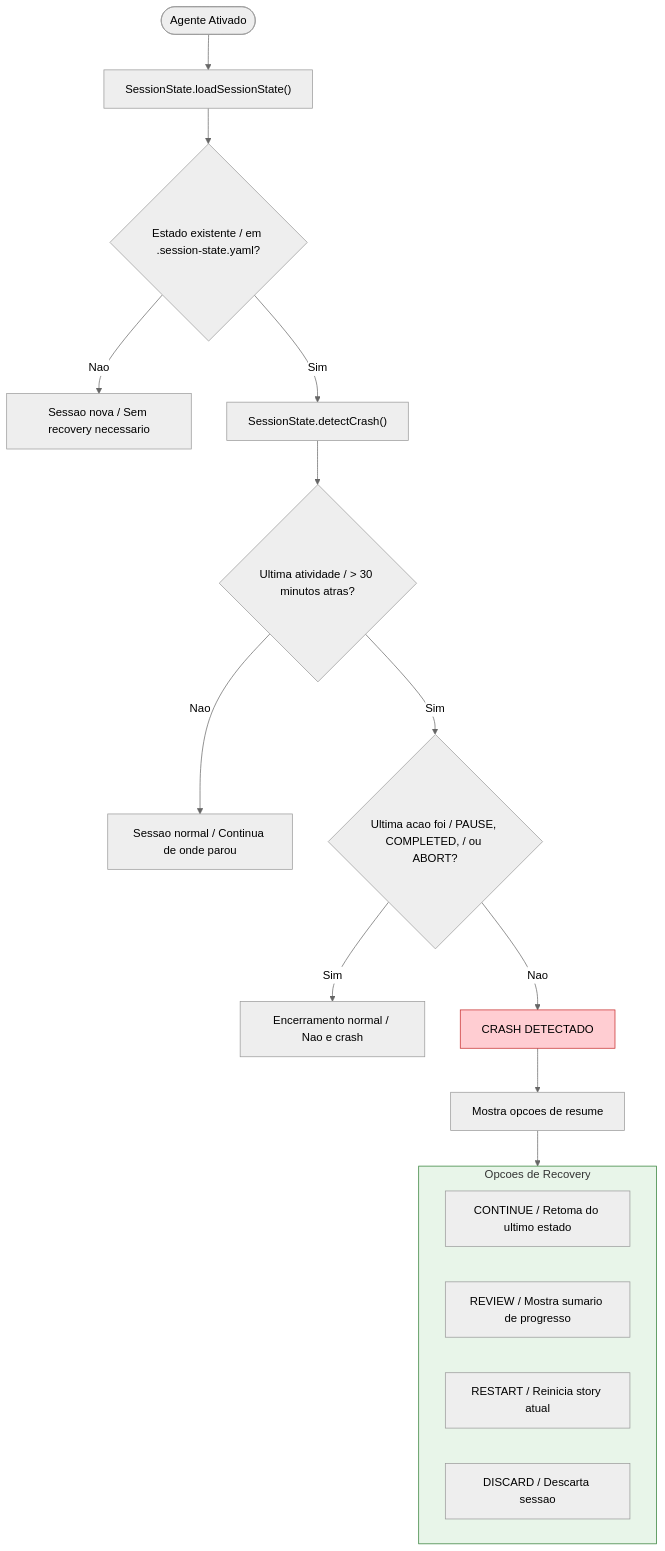
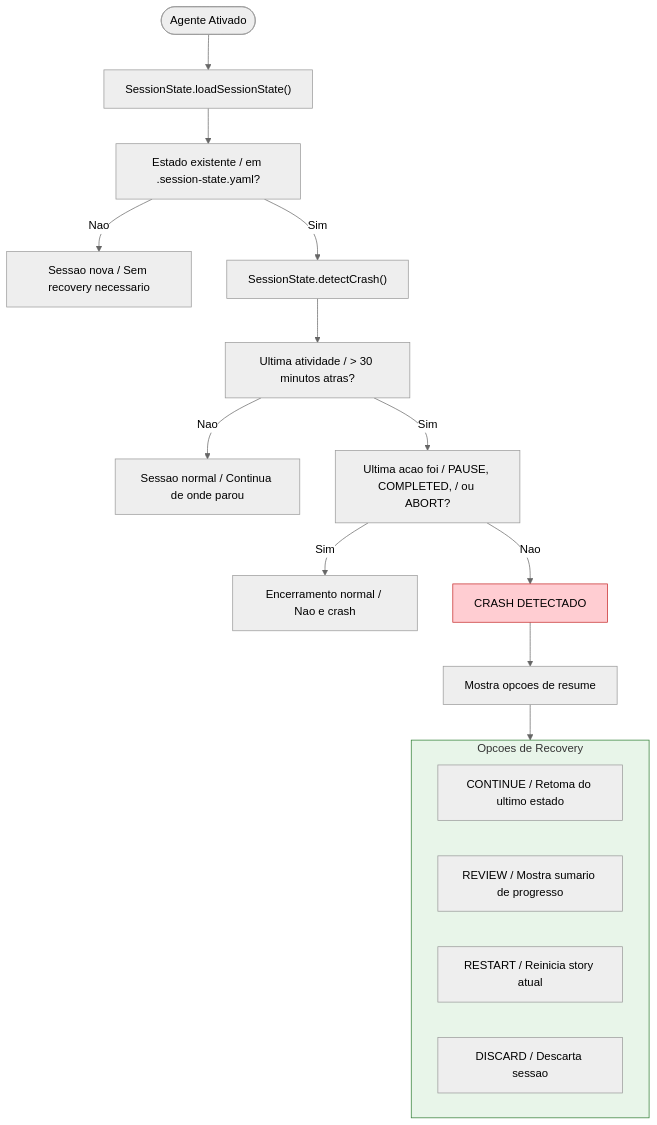
Before and after one commit to bychrisr/aios-docs: diagram 12 of 18 in content/en/docs/guides/MEMORY-SYSTEM.mdx, drawn with Mermaid (neutral theme). The commit also changed other lines of this file and 40 other files, not shown here.

````diff
--- a/content/en/docs/guides/MEMORY-SYSTEM.mdx
+++ b/content/en/docs/guides/MEMORY-SYSTEM.mdx
@@ -567,29 +567,29 @@
 ```mermaid
 flowchart TD
     START([Agente Ativado]) --> LOAD["SessionState.loadSessionState()"]
-    LOAD --> CHECK{"Estado existente / em .session-state.yaml?"}
+    LOAD --> CHECK["Estado existente / em .session-state.yaml?"]
 
     CHECK -->|"Nao"| FRESH["Sessao nova / Sem recovery necessario"]
     CHECK -->|"Sim"| DETECT["SessionState.detectCrash()"]
 
-    DETECT --> THRESHOLD{"Ultima atividade / > 30 minutos atras?"}
+    DETECT --> THRESHOLD["Ultima atividade / > 30 minutos atras?"]
     THRESHOLD -->|"Nao"| NORMAL["Sessao normal / Continua de onde parou"]
-    THRESHOLD -->|"Sim"| LAST_ACTION{"Ultima acao foi / PAUSE, COMPLETED, / ou ABORT?"}
+    THRESHOLD -->|"Sim"| LAST_ACTION["Ultima acao foi / PAUSE, COMPLETED, / ou ABORT?"]
 
     LAST_ACTION -->|"Sim"| NORMAL_END["Encerramento normal / Nao e crash"]
     LAST_ACTION -->|"Nao"| CRASH["CRASH DETECTADO"]
 
     CRASH --> RESUME_MENU["Mostra opcoes de resume"]
 
     subgraph RESUME_OPTIONS["Opcoes de Recovery"]
         OPT1["CONTINUE / Retoma do ultimo estado"]
         OPT2["REVIEW / Mostra sumario de progresso"]
         OPT3["RESTART / Reinicia story atual"]
         OPT4["DISCARD / Descarta sessao"]
     end
 
     RESUME_MENU --> RESUME_OPTIONS
 
     style CRASH fill:#FFCDD2,stroke:#C62828
     style RESUME_OPTIONS fill:#E8F5E9,stroke:#2E7D32
 ```
````
